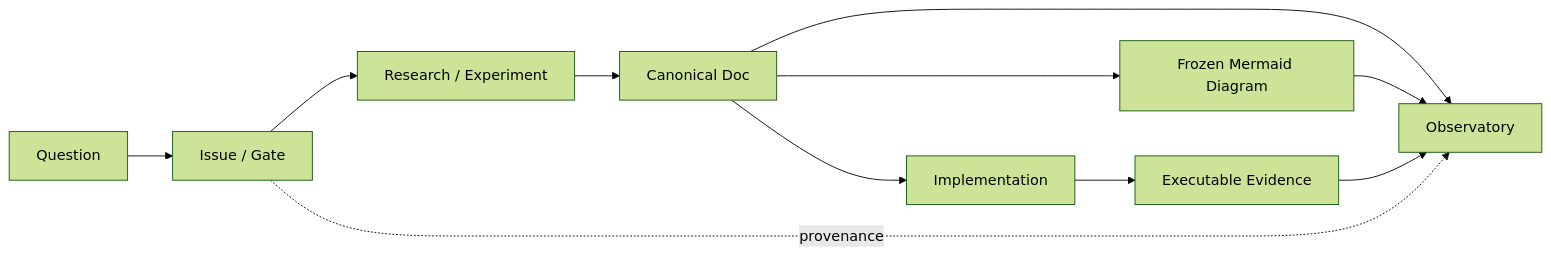
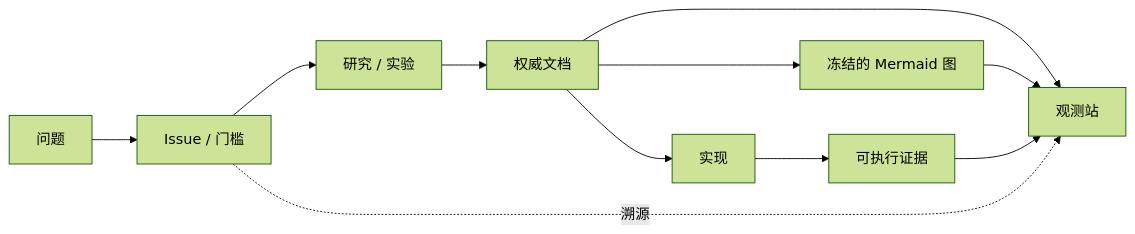
One commit to jnhu76/qianqian changed the diagram in website/control/roadmap.md. Above: the diagram before and after it, drawn with Mermaid (forest theme). The commit also changed other lines of this file and 22 other files, not shown here.

````diff
--- a/website/control/roadmap.md
+++ b/website/control/roadmap.md
@@ -58,13 +58,13 @@
 ```mermaid
 flowchart LR
-    Q["Question"] --> I["Issue / Gate"]
-    I --> R["Research / Experiment"]
-    R --> D["Canonical Doc"]
-    D --> G["Frozen Mermaid Diagram"]
-    D --> C["Implementation"]
-    C --> T["Executable Evidence"]
-    D --> W["Observatory"]
+    Q["问题"] --> I["Issue / 门槛"]
+    I --> R["研究 / 实验"]
+    R --> D["权威文档"]
+    D --> G["冻结的 Mermaid 图"]
+    D --> C["实现"]
+    C --> T["可执行证据"]
+    D --> W["观测站"]
     G --> W
     T --> W
-    I -. provenance .-> W
+    I -. 溯源 .-> W
 ```
````
